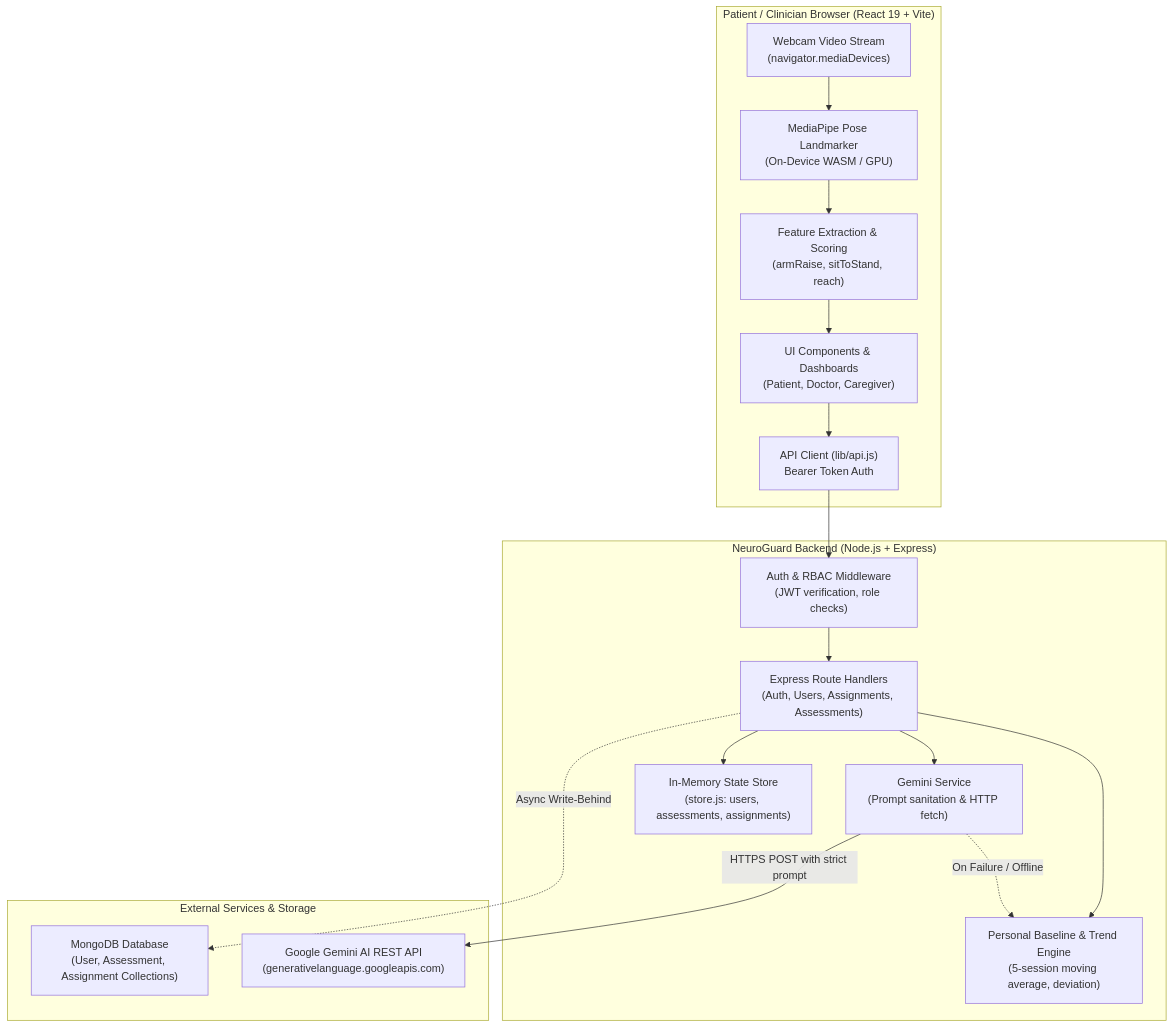
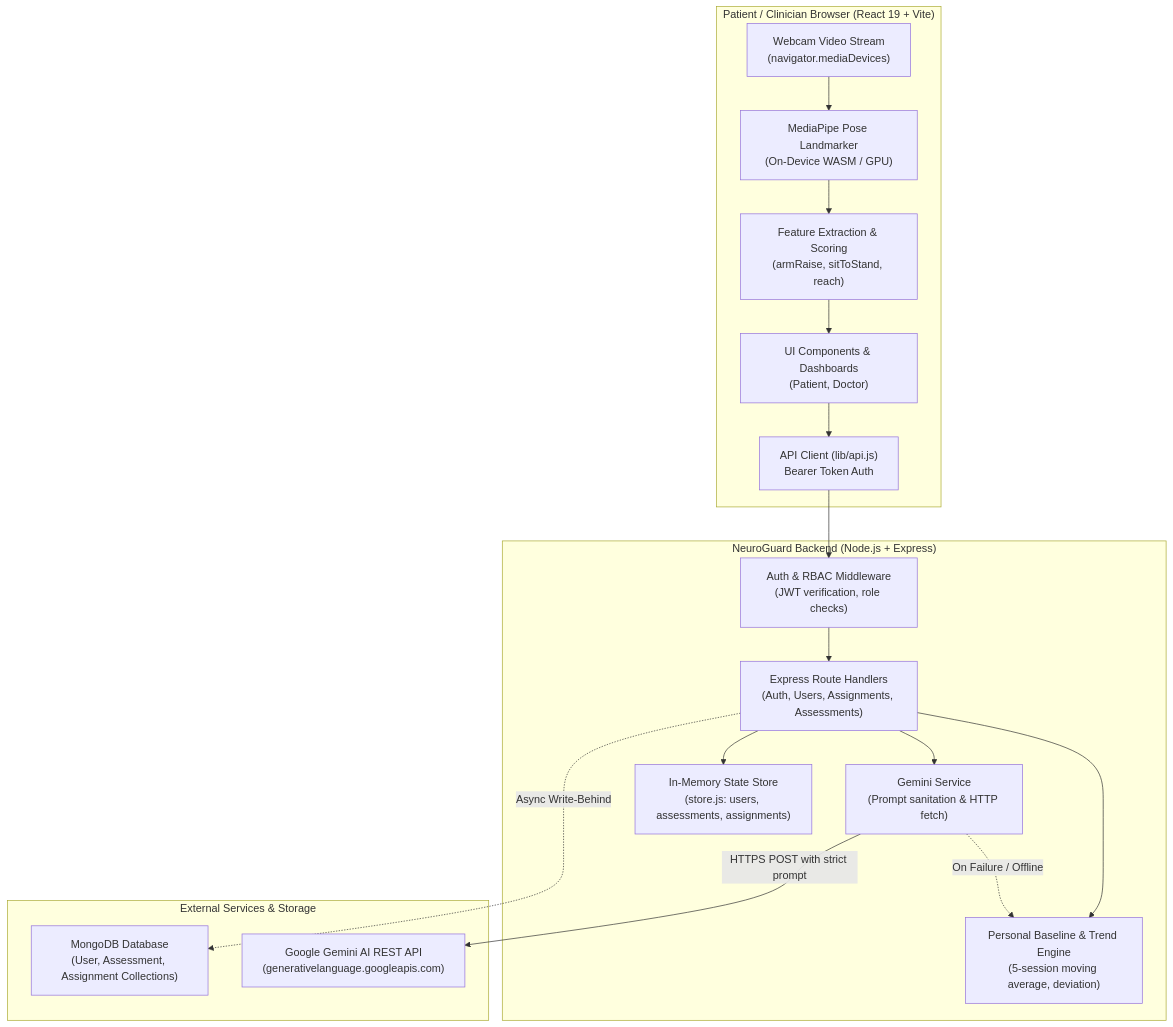
Before and after one commit to Raj-shukla-05/Hacksprint: the diagram in docs/project-audit/01-project-overview.md, drawn with Mermaid. The commit also changed other lines of this file and 32 other files, not shown here.

````diff
--- a/docs/project-audit/01-project-overview.md
+++ b/docs/project-audit/01-project-overview.md
@@ -62,32 +61,32 @@
 ```mermaid
 flowchart TD
     subgraph Client["Patient / Clinician Browser (React 19 + Vite)"]
         Cam["Webcam Video Stream\n(navigator.mediaDevices)"] --> MP["MediaPipe Pose Landmarker\n(On-Device WASM / GPU)"]
         MP --> FE["Feature Extraction & Scoring\n(armRaise, sitToStand, reach)"]
-        FE --> UI["UI Components & Dashboards\n(Patient, Doctor, Caregiver)"]
+        FE --> UI["UI Components & Dashboards\n(Patient, Doctor)"]
         UI --> APIClient["API Client (lib/api.js)\nBearer Token Auth"]
     end
 
     subgraph Server["NeuroGuard Backend (Node.js + Express)"]
         AuthMid["Auth & RBAC Middleware\n(JWT verification, role checks)"]
         Router["Express Route Handlers\n(Auth, Users, Assignments, Assessments)"]
         TrendEng["Personal Baseline & Trend Engine\n(5-session moving average, deviation)"]
         GeminiSvc["Gemini Service\n(Prompt sanitation & HTTP fetch)"]
         StoreMem["In-Memory State Store\n(store.js: users, assessments, assignments)"]
         
         APIClient --> AuthMid
         AuthMid --> Router
         Router --> TrendEng
         Router --> GeminiSvc
         Router --> StoreMem
     end
 
     subgraph External["External Services & Storage"]
         Mongo["MongoDB Database\n(User, Assessment, Assignment Collections)"]
         GeminiAPI["Google Gemini AI REST API\n(generativelanguage.googleapis.com)"]
     end
 
     Router -.->|Async Write-Behind| Mongo
     GeminiSvc -->|HTTPS POST with strict prompt| GeminiAPI
     GeminiSvc -.->|On Failure / Offline| TrendEng
 ```
````
